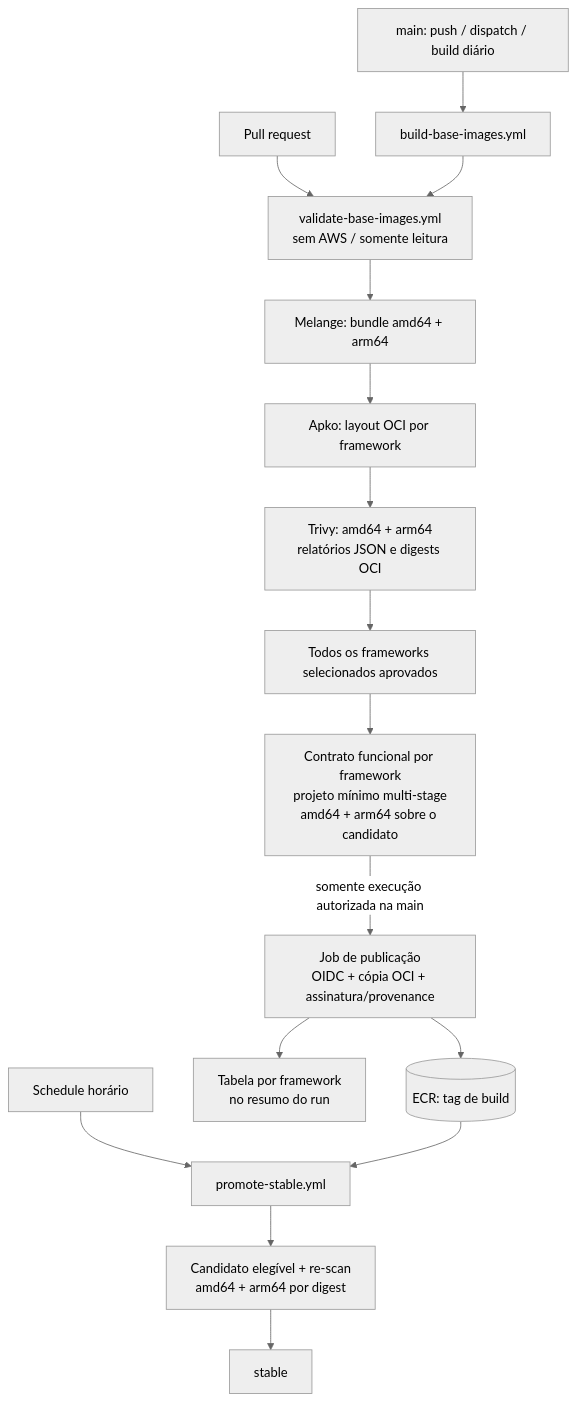
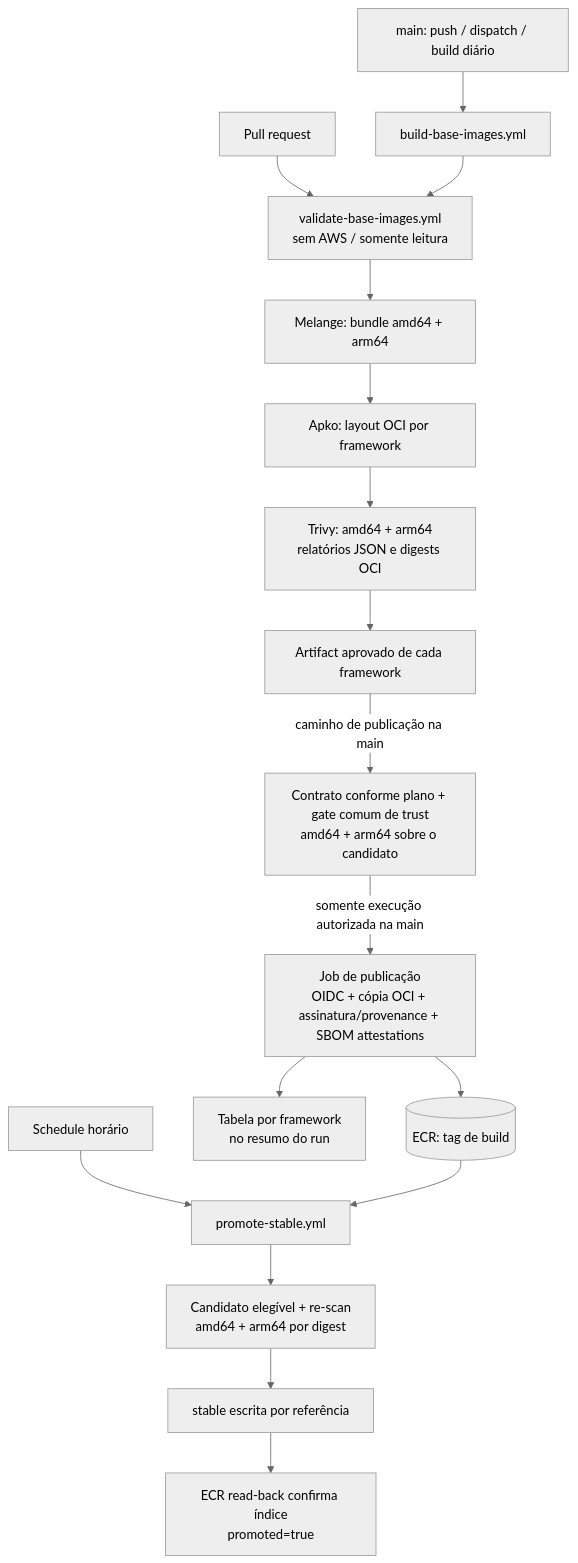
The second of 2 diagrams in README.md (alric-corp/alric-containers-image-base), drawn with Mermaid (neutral theme) before and after one commit. The commit also changed other lines of this file and 12 other files, not shown here.

````diff
--- a/README.md
+++ b/README.md
@@ -257,18 +265,19 @@
 ```mermaid
 flowchart TD
     PR["Pull request"] --> V["validate-base-images.yml<br/>sem AWS / somente leitura"]
     MAIN["main: push / dispatch / build diário"] --> B["build-base-images.yml"]
     B --> V
     V --> M["Melange: bundle amd64 + arm64"]
     M --> A["Apko: layout OCI por framework"]
     A --> S["Trivy: amd64 + arm64<br/>relatórios JSON e digests OCI"]
-    S --> G["Todos os frameworks selecionados aprovados"]
-    G --> F["Contrato funcional por framework<br/>projeto mínimo multi-stage<br/>amd64 + arm64 sobre o candidato"]
-    F -->|"somente execução autorizada na main"| PUB["Job de publicação<br/>OIDC + cópia OCI + assinatura/provenance"]
+    S --> G["Artifact aprovado de cada framework"]
+    G -->|"caminho de publicação na main"| F["Contrato conforme plano + gate comum de trust<br/>amd64 + arm64 sobre o candidato"]
+    F -->|"somente execução autorizada na main"| PUB["Job de publicação<br/>OIDC + cópia OCI + assinatura/provenance + SBOM attestations"]
     PUB --> ECR[("ECR: tag de build")]
     PUB --> T["Tabela por framework<br/>no resumo do run"]
     H["Schedule horário"] --> P["promote-stable.yml"]
     ECR --> P
     P --> SOAK["Candidato elegível + re-scan<br/>amd64 + arm64 por digest"]
-    SOAK --> STABLE["stable"]
+    SOAK --> WRITE["stable escrita por referência"]
+    WRITE --> STABLE["ECR read-back confirma índice<br/>promoted=true"]
 ```
````
